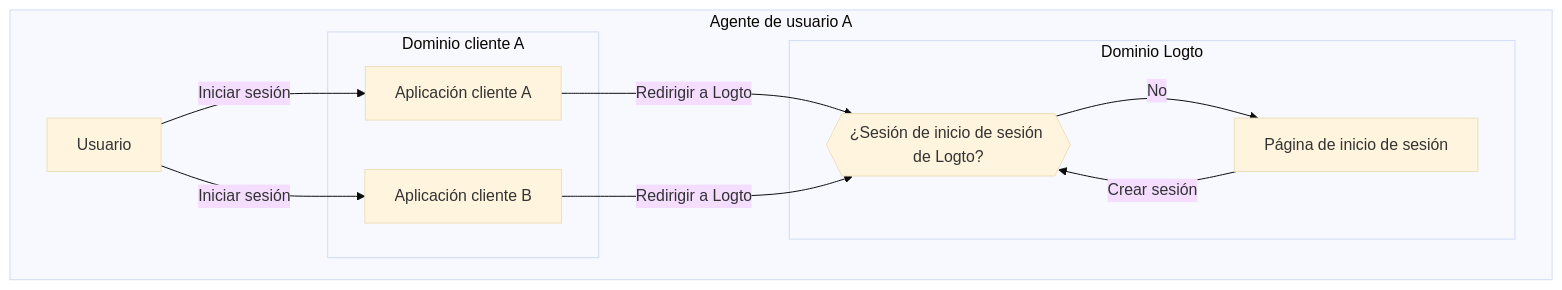
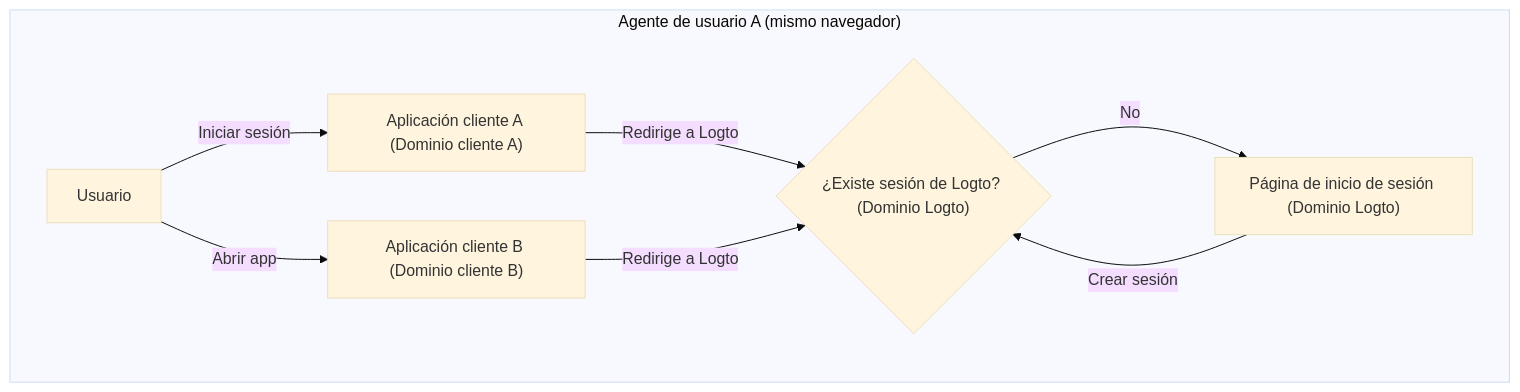
Before and after one commit to logto-io/docs: the third of 5 diagrams in i18n/es/docusaurus-plugin-content-docs/current/end-user-flows/sign-out.mdx, drawn with Mermaid (base theme). The commit also changed other lines of this file and 74 other files, not shown here.

````diff
--- a/i18n/es/docusaurus-plugin-content-docs/current/end-user-flows/sign-out.mdx
+++ b/i18n/es/docusaurus-plugin-content-docs/current/end-user-flows/sign-out.mdx
@@ -59,26 +93,23 @@
-   ```mermaid
-    flowchart TD
-    subgraph Usuario [Agente de usuario A]
-      U[Usuario]
+```mermaid
+flowchart TD
+  U[Usuario]
+  A["Aplicación cliente A (Dominio cliente A)"]
+  B["Aplicación cliente B (Dominio cliente B)"]
+  C{"¿Existe sesión de Logto? (Dominio Logto)"}
+  D["Página de inicio de sesión (Dominio Logto)"]
 
-      subgraph Capa1 [Dominio cliente A]
-        A[Aplicación cliente A]
-      end
+  subgraph UA["Agente de usuario A (mismo navegador)"]
+    U
+    A
+    B
+    C
+    D
+  end
 
-      subgraph Capa1 [Dominio cliente B]
-        B[Aplicación cliente B]
-      end
-
-      subgraph Capa2 [Dominio Logto]
-          C{{¿Sesión de inicio de sesión de Logto?}}
-          D[Página de inicio de sesión]
-      end
-    end
-
-    U --> |Iniciar sesión| A
-    A --> |Redirigir a Logto| C
-    U --> |Iniciar sesión| B
-    B --> |Redirigir a Logto| C
-    C --> |No| D
-    D --> |Crear sesión| C
-   ```
+  U -->|Iniciar sesión| A
+  A -->|Redirige a Logto| C
+  U -->|Abrir app| B
+  B -->|Redirige a Logto| C
+  C -->|No| D
+  D -->|Crear sesión| C
+```
````
